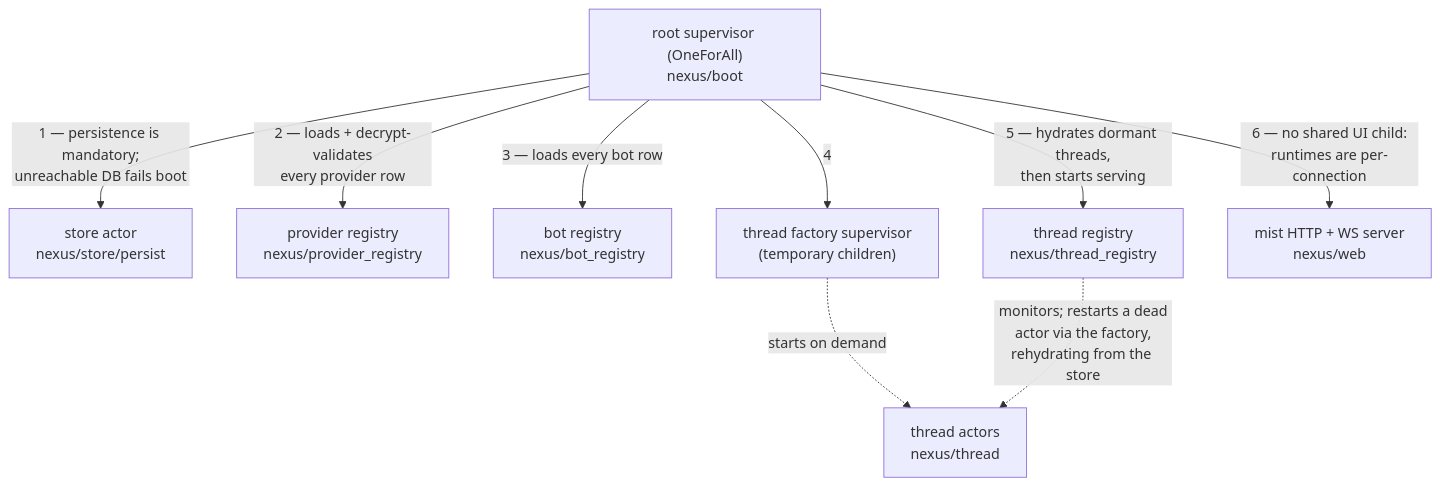
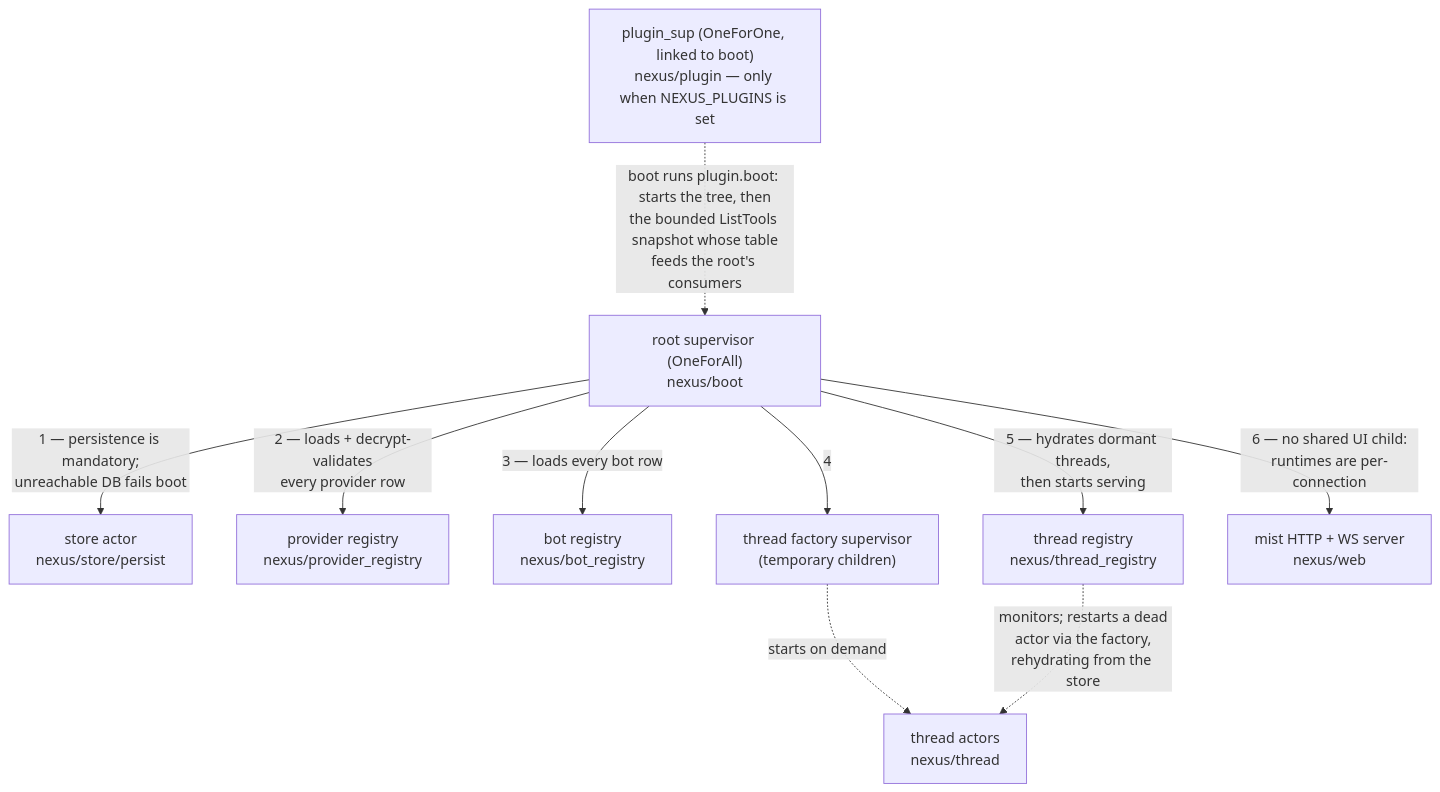
The second of 4 diagrams in ARCHITECTURE.md (jhillyerd/nexus), drawn with Mermaid before and after one commit. The commit also changed other lines of this file and 23 other files, not shown here.

First line of the commit message:
feat: plugin tools — provider protocol, tier-1 SDK, and catalog mount (plugin-api plan phase 1) (#120)

````diff
--- a/ARCHITECTURE.md
+++ b/ARCHITECTURE.md
@@ -69,12 +69,14 @@
 ```mermaid
 flowchart TB
+    PSUP["plugin_sup (OneForOne, linked to boot)<br/>nexus/plugin — only when NEXUS_PLUGINS is set"]
     ROOT["root supervisor (OneForAll)<br/>nexus/boot"]
+    PSUP -.->|"boot runs plugin.boot: starts the tree, then<br/>the bounded ListTools snapshot whose table<br/>feeds the root's consumers"| ROOT
     ROOT -->|"1 — persistence is mandatory;<br/>unreachable DB fails boot"| STORE["store actor<br/>nexus/store/persist"]
     ROOT -->|"2 — loads + decrypt-validates<br/>every provider row"| PROV["provider registry<br/>nexus/provider_registry"]
     ROOT -->|"3 — loads every bot row"| BOT["bot registry<br/>nexus/bot_registry"]
     ROOT -->|"4"| FACT["thread factory supervisor<br/>(temporary children)"]
     ROOT -->|"5 — hydrates dormant threads,<br/>then starts serving"| REG["thread registry<br/>nexus/thread_registry"]
     ROOT -->|"6 — no shared UI child:<br/>runtimes are per-connection"| MIST["mist HTTP + WS server<br/>nexus/web"]
     FACT -.->|"starts on demand"| SA["thread actors<br/>nexus/thread"]
     REG -.->|"monitors; restarts a dead<br/>actor via the factory,<br/>rehydrating from the store"| SA
 ```
````
